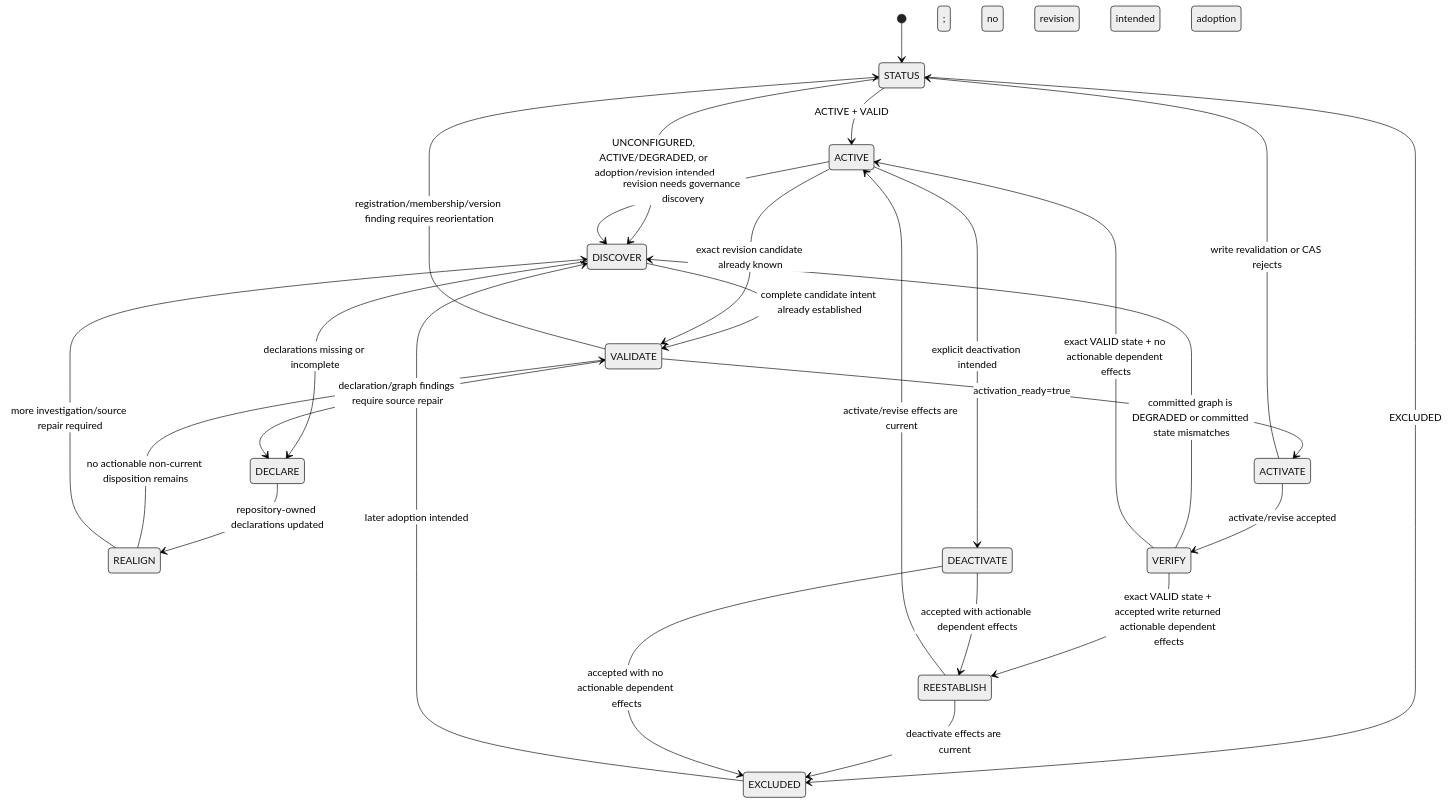
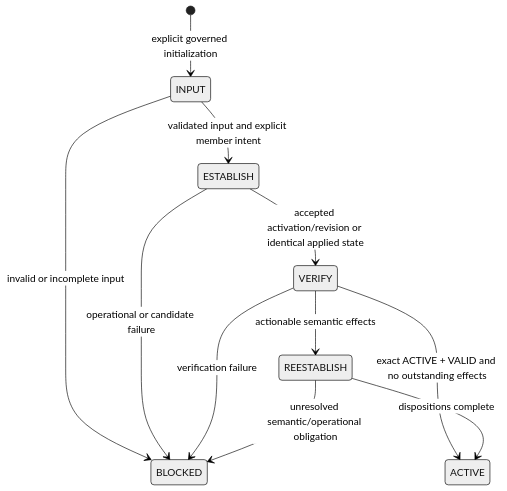
The first of 2 diagrams in docs/lifecycle-contract.md (pontivus-com/span), drawn with Mermaid (neutral theme) before and after one commit. The commit also changed other lines of this file and 15 other files, not shown here.

````diff
--- a/docs/lifecycle-contract.md
+++ b/docs/lifecycle-contract.md
@@ -1104,36 +1113,13 @@
 ```mermaid
 stateDiagram-v2
-    [*] --> STATUS
-
-    STATUS --> ACTIVE: ACTIVE + VALID; no revision intended
-    STATUS --> EXCLUDED: EXCLUDED; no adoption intended
-    STATUS --> DISCOVER: UNCONFIGURED, ACTIVE/DEGRADED, or adoption/revision intended
-    EXCLUDED --> DISCOVER: later adoption intended
-
-    DISCOVER --> VALIDATE: complete candidate intent already established
-    DISCOVER --> DECLARE: declarations missing or incomplete
-
-    DECLARE --> REALIGN: repository-owned declarations updated
-    REALIGN --> VALIDATE: no actionable non-current disposition remains
-    REALIGN --> DISCOVER: more investigation/source repair required
-
-    VALIDATE --> DECLARE: declaration/graph findings require source repair
-    VALIDATE --> STATUS: registration/membership/version finding requires reorientation
-    VALIDATE --> ACTIVATE: activation_ready=true
-
-    ACTIVATE --> STATUS: write revalidation or CAS rejects
-    ACTIVATE --> VERIFY: activate/revise accepted
-
-    VERIFY --> DISCOVER: committed graph is DEGRADED or committed state mismatches
-    VERIFY --> REESTABLISH: exact VALID state + accepted write returned actionable dependent effects
-    VERIFY --> ACTIVE: exact VALID state + no actionable dependent effects
-
-    REESTABLISH --> ACTIVE: activate/revise effects are current
-    REESTABLISH --> EXCLUDED: deactivate effects are current
-
-    ACTIVE --> DISCOVER: revision needs governance discovery
-    ACTIVE --> VALIDATE: exact revision candidate already known
-    ACTIVE --> DEACTIVATE: explicit deactivation intended
-    DEACTIVATE --> REESTABLISH: accepted with actionable dependent effects
-    DEACTIVATE --> EXCLUDED: accepted with no actionable dependent effects
+    [*] --> INPUT: explicit governed initialization
+    INPUT --> BLOCKED: invalid or incomplete input
+    INPUT --> ESTABLISH: validated input and explicit member intent
+    ESTABLISH --> BLOCKED: operational or candidate failure
+    ESTABLISH --> VERIFY: accepted activation/revision or identical applied state
+    VERIFY --> BLOCKED: verification failure
+    VERIFY --> REESTABLISH: actionable semantic effects
+    VERIFY --> ACTIVE: exact ACTIVE + VALID and no outstanding effects
+    REESTABLISH --> ACTIVE: dispositions complete
+    REESTABLISH --> BLOCKED: unresolved semantic/operational obligation
 ```
````
